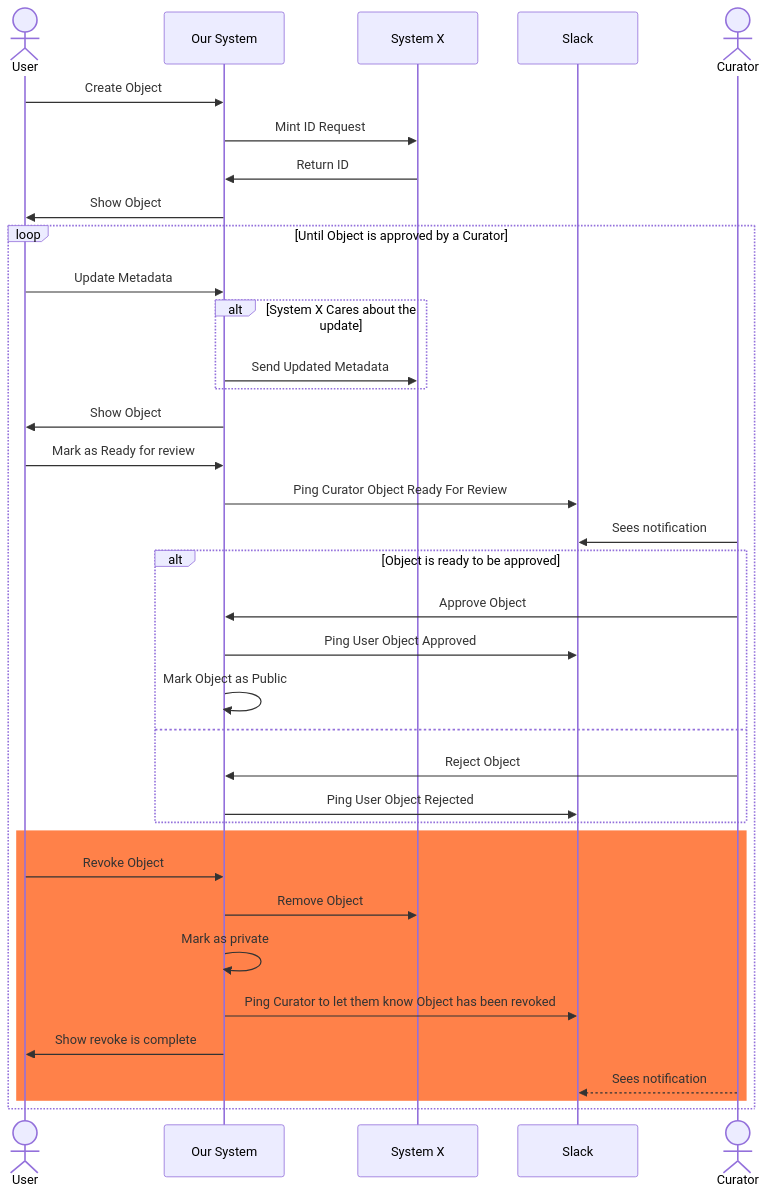
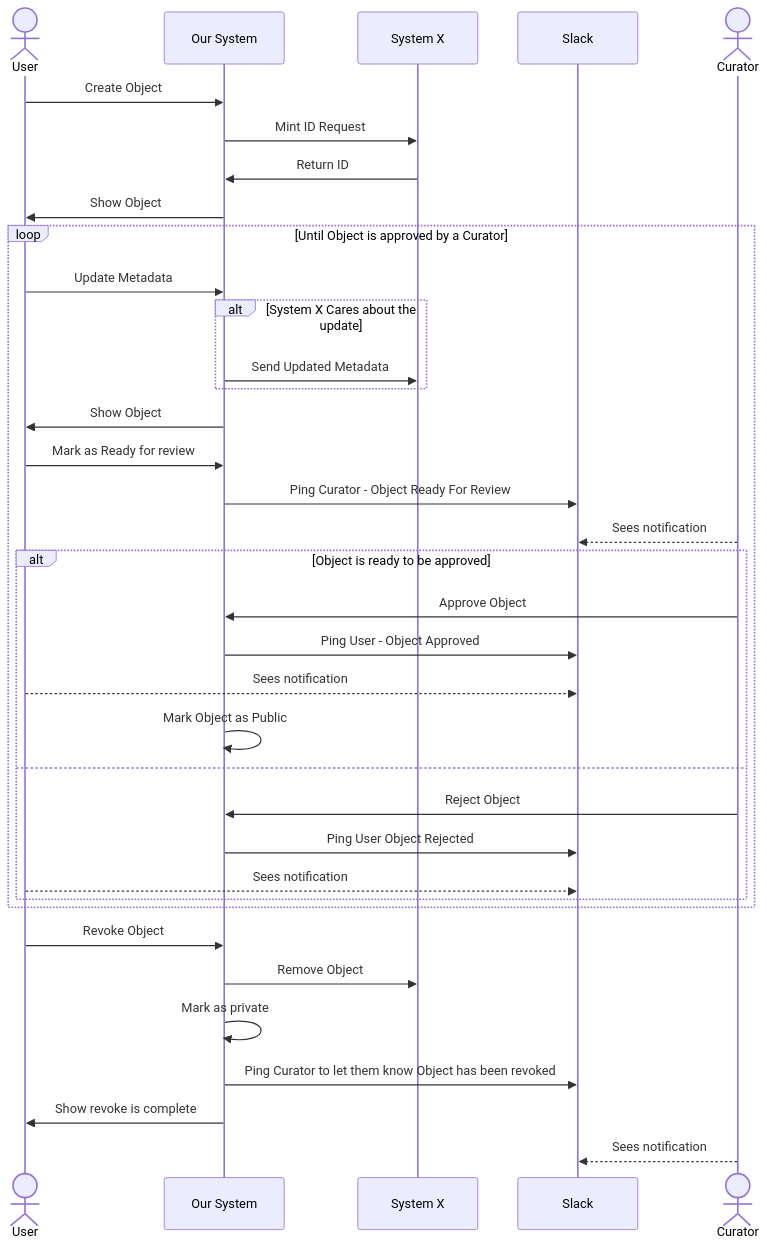
Before and after one commit to carolyncole/i_love_mermaid: the diagram in each-requirement/flow-diagram-g.md, drawn with Mermaid. The commit also changed 4 other files, not shown here.

Commit message:
Updating diagrams to have notifications and colors

````diff
--- a/each-requirement/flow-diagram-g.md
+++ b/each-requirement/flow-diagram-g.md
@@ -1,38 +1,39 @@
 ```mermaid
+
 sequenceDiagram
-actor u as User
+actor u as User 
 participant os as Our System
 participant x as System X
 participant s as Slack
 actor c as Curator
 u->>os: Create Object
 os->>x: Mint ID Request
 x->>os: Return ID
 os->>u: Show Object
 loop Until Object is approved by a Curator
   u->>os: Update Metadata
   alt System X Cares about the update
     os->>x: Send Updated Metadata
   end
   os->>u: Show Object
   u->>os: Mark as Ready for review
-  os->>s: Ping Curator Object Ready For Review
-  c->>s: Sees notification
+  os->>s: Ping Curator - Object Ready For Review
+  c-->>s: Sees notification
   alt Object is ready to be approved
     c->>os: Approve Object
-    os->>s: Ping User Object Approved
+    os->>s: Ping User - Object Approved
+    u-->>s: Sees notification
     os->>os: Mark Object as Public
   else
     c->>os: Reject Object
     os->>s: Ping User Object Rejected
-  end
-  rect rgb(255, 129, 73)
-    u->>os: Revoke Object
-    os->>x: Remove Object
-    os->>os: Mark as private
-    os->>s: Ping Curator to let them know Object has been revoked
-    os->>u: Show revoke is complete
-    c-->>s: Sees notification
+    u-->>s: Sees notification
   end
 end 
+u->>os: Revoke Object
+os->>x: Remove Object
+os->>os: Mark as private
+os->>s: Ping Curator to let them know Object has been revoked
+os->>u: Show revoke is complete
+c-->>s: Sees notification
 ```
````
